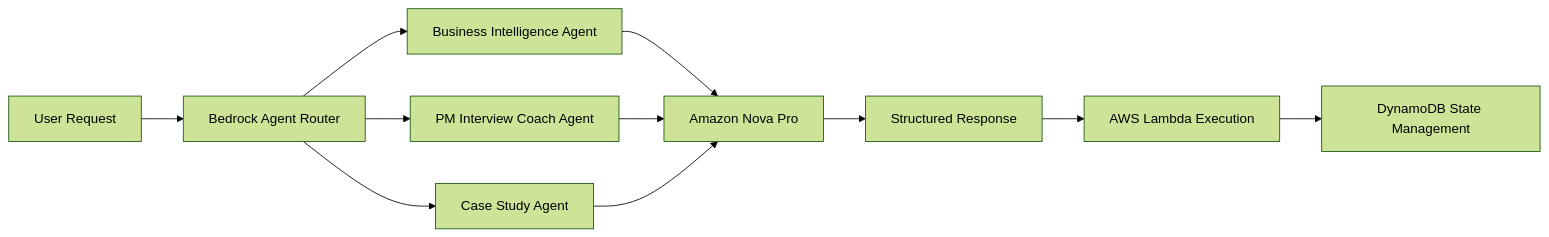
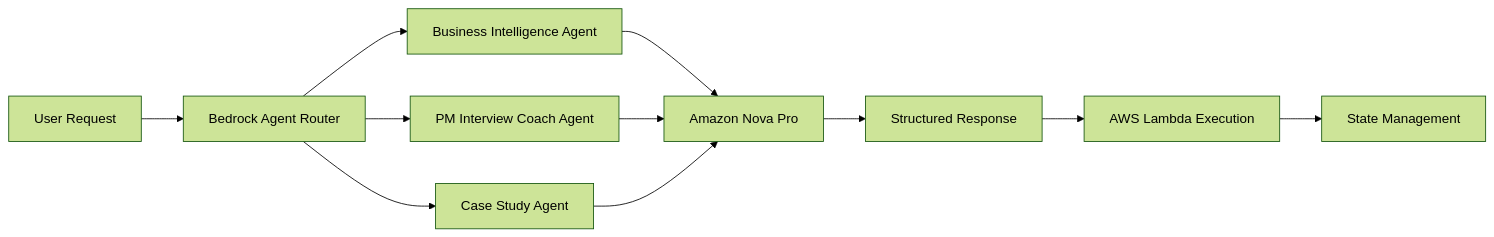
One commit to ilkan/vibe-pm-agent changed the second of 3 diagrams in README.md. Above: the diagram before and after it, drawn with Mermaid (forest theme). The commit also changed other lines of this file and 1 other file, not shown here.

First line of the commit message:
Fix DynamoDB references to reflect actual implementation

````diff
--- a/README.md
+++ b/README.md
@@ -664,13 +673,13 @@
 ```mermaid
 graph LR
     A[User Request] --> B[Bedrock Agent Router]
     B --> C[Business Intelligence Agent]
     B --> D[PM Interview Coach Agent]
     B --> E[Case Study Agent]
     C --> F[Amazon Nova Pro]
     D --> F
     E --> F
     F --> G[Structured Response]
     G --> H[AWS Lambda Execution]
-    H --> I[DynamoDB State Management]
+    H --> I[State Management]
 ```
````
